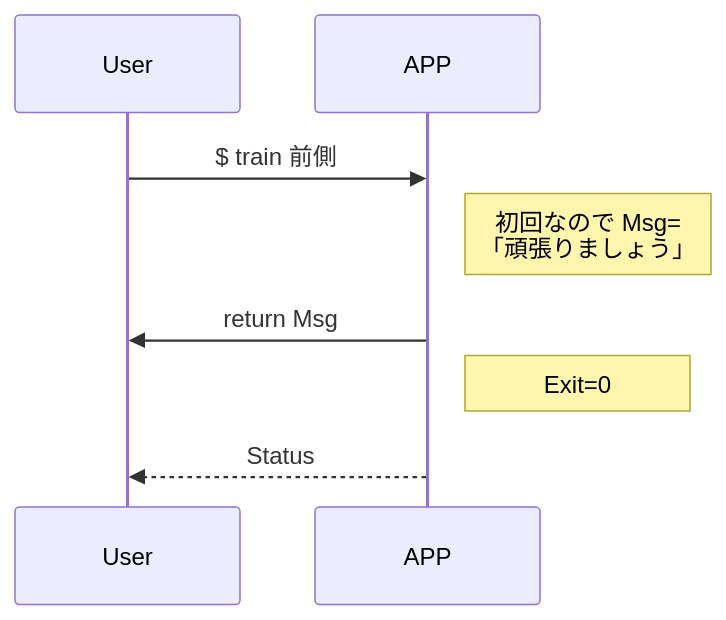
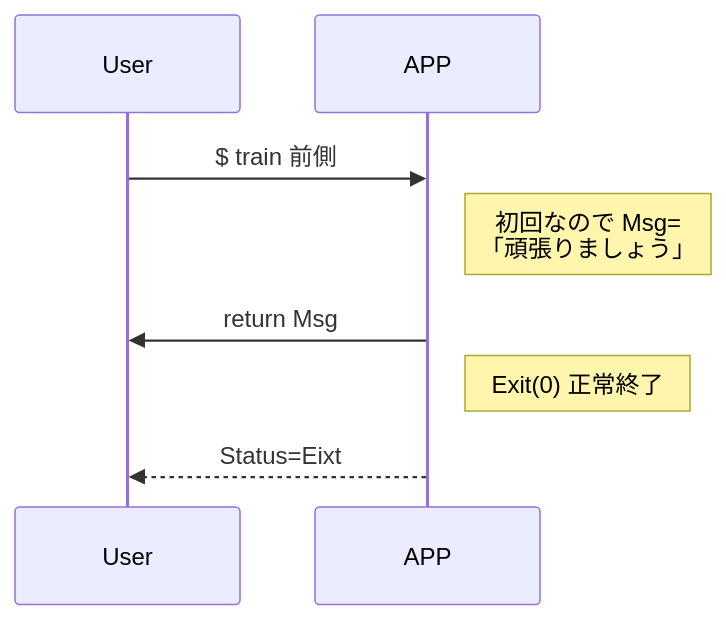
One commit to lamplusoka/train_Muscle changed the first of 2 diagrams in flow.md. Above: the diagram before and after it, drawn with Mermaid. The commit also changed other lines of this file, not shown here.

Commit message:
flow.md updated from https://stackedit.io/

````diff
--- a/flow.md
+++ b/flow.md
@@ -4,8 +4,8 @@
 ```mermaid
 sequenceDiagram
 User->> APP: $ train 前側
 Note right of APP:初回なので Msg=<br>「頑張りましょう」
 APP->> User: return Msg
-Note right of APP: Exit=0
-APP-->>User: Status
+Note right of APP: Exit(0) 正常終了
+APP-->>User: Status=Eixt
 ```
````
